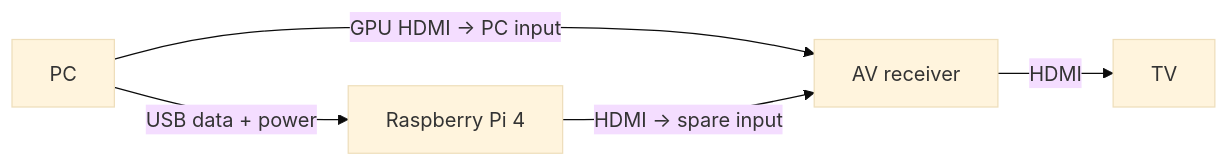
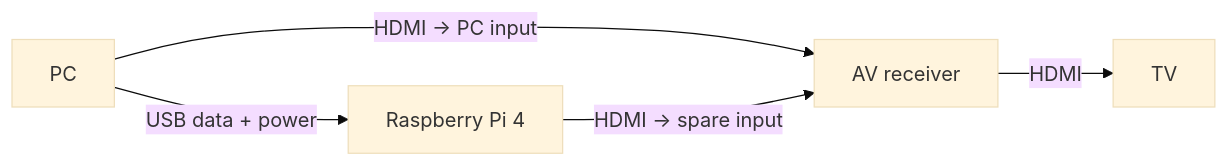
Before and after one commit to michaelhenkel/pi-cec: the diagram in README.md, drawn with Mermaid (base theme). The commit also changed other lines of this file, not shown here.

````diff
--- a/README.md
+++ b/README.md
@@ -14,7 +15,7 @@
 ```mermaid
 flowchart LR
     PC -->|"USB data + power"| Pi["Raspberry Pi 4"]
-    PC -->|"GPU HDMI → PC input"| AVR["AV receiver"]
+    PC -->|"HDMI → PC input"| AVR["AV receiver"]
     Pi -->|"HDMI → spare input"| AVR
     AVR -->|HDMI| TV
 ```
````
